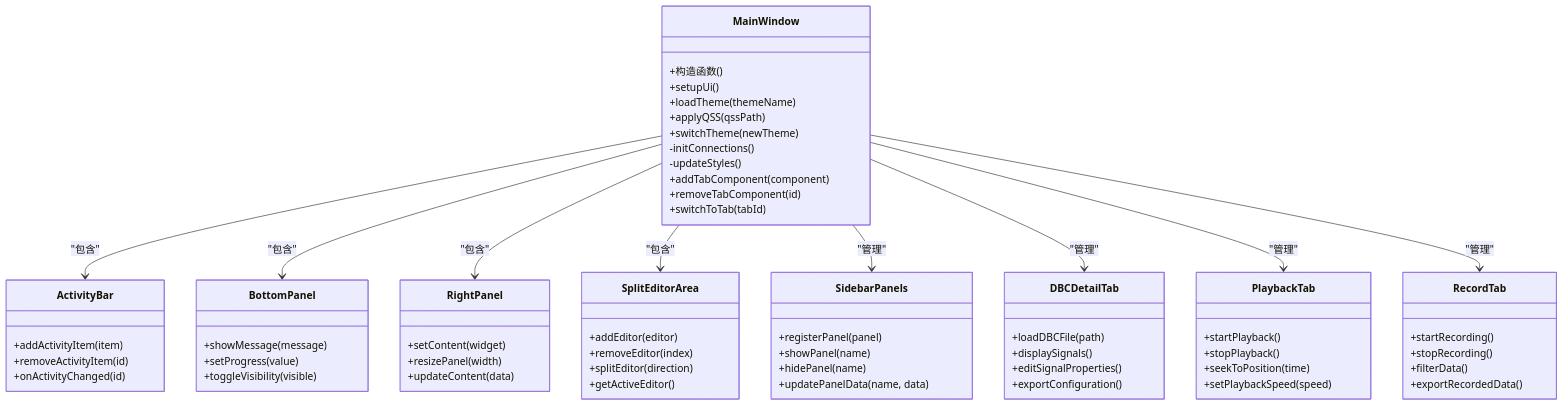
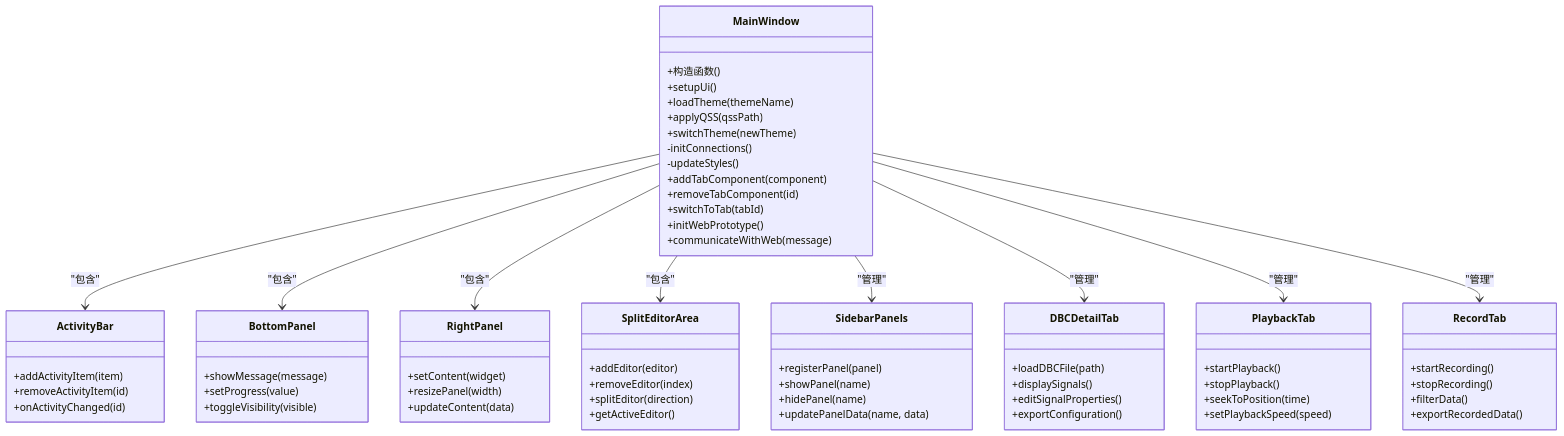
One commit to jakecai1225-design/OpenBus changed the fourth of 21 diagrams in .qoder/repowiki/zh/content/架构设计/UI系统设计/UI系统设计.md. Above: the diagram before and after it, drawn with Mermaid. The commit also changed other lines of this file and 59 other files, not shown here.

````diff
--- a/.qoder/repowiki/zh/content/架构设计/UI系统设计/UI系统设计.md
+++ b/.qoder/repowiki/zh/content/架构设计/UI系统设计/UI系统设计.md
@@ -283,68 +274,70 @@
 ```mermaid
 classDiagram
 class MainWindow {
 +构造函数()
 +setupUi()
 +loadTheme(themeName)
 +applyQSS(qssPath)
 +switchTheme(newTheme)
 -initConnections()
 -updateStyles()
 +addTabComponent(component)
 +removeTabComponent(id)
 +switchToTab(tabId)
++initWebPrototype()
++communicateWithWeb(message)
 }
 class ActivityBar {
 +addActivityItem(item)
 +removeActivityItem(id)
 +onActivityChanged(id)
 }
 class BottomPanel {
 +showMessage(message)
 +setProgress(value)
 +toggleVisibility(visible)
 }
 class RightPanel {
 +setContent(widget)
 +resizePanel(width)
 +updateContent(data)
 }
 class SplitEditorArea {
 +addEditor(editor)
 +removeEditor(index)
 +splitEditor(direction)
 +getActiveEditor()
 }
 class SidebarPanels {
 +registerPanel(panel)
 +showPanel(name)
 +hidePanel(name)
 +updatePanelData(name, data)
 }
 class DBCDetailTab {
 +loadDBCFile(path)
 +displaySignals()
 +editSignalProperties()
 +exportConfiguration()
 }
 class PlaybackTab {
 +startPlayback()
 +stopPlayback()
 +seekToPosition(time)
 +setPlaybackSpeed(speed)
 }
 class RecordTab {
 +startRecording()
 +stopRecording()
 +filterData()
 +exportRecordedData()
 }
 MainWindow --> ActivityBar : "包含"
 MainWindow --> BottomPanel : "包含"
 MainWindow --> RightPanel : "包含"
 MainWindow --> SplitEditorArea : "包含"
 MainWindow --> SidebarPanels : "管理"
 MainWindow --> DBCDetailTab : "管理"
 MainWindow --> PlaybackTab : "管理"
 MainWindow --> RecordTab : "管理"
 ```
````
